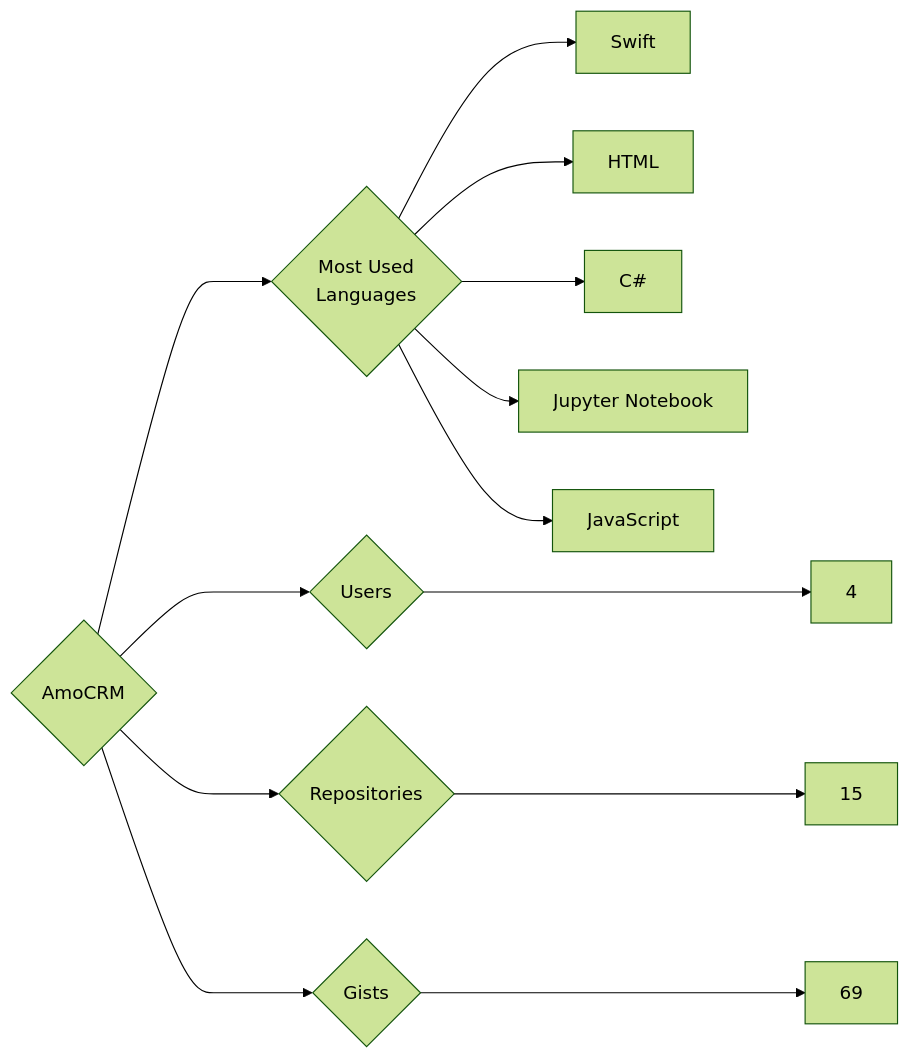
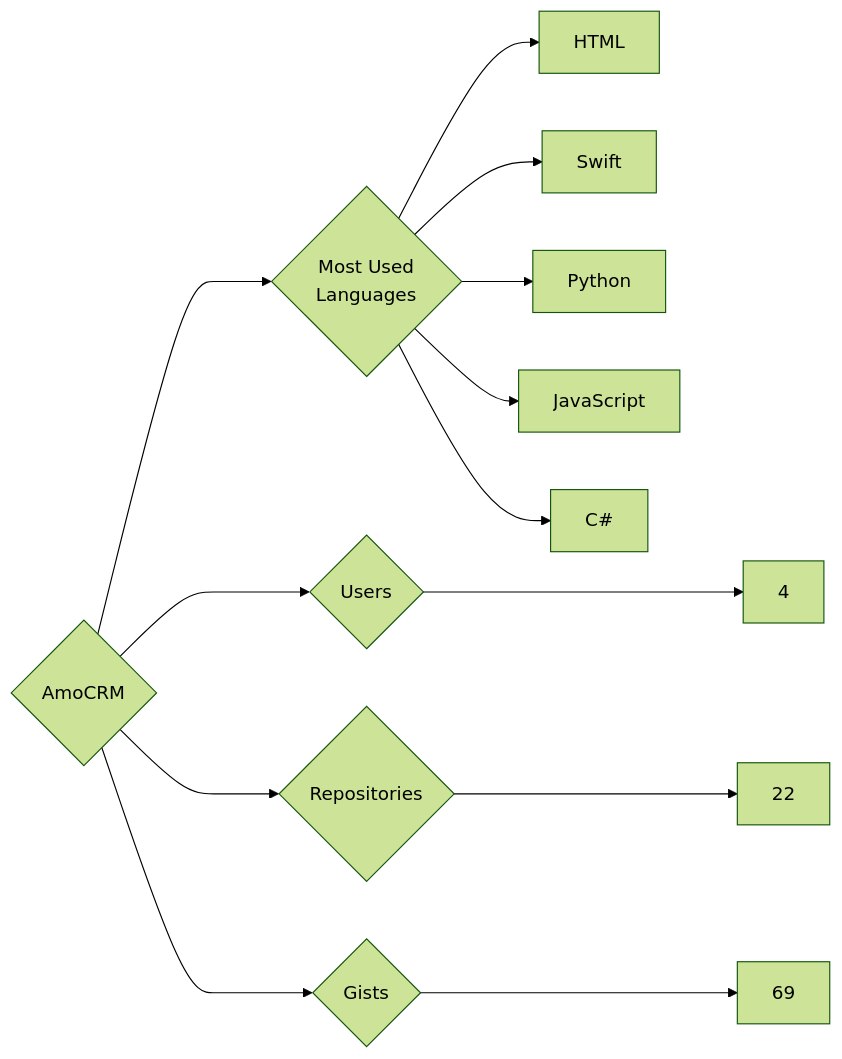
Before and after one commit to trickest/insiders: the diagram in targets/AmoCRM/README.md, drawn with Mermaid (forest theme). The commit also changed 1092 other files, not shown here.

````diff
--- a/targets/AmoCRM/README.md
+++ b/targets/AmoCRM/README.md
@@ -3,13 +3,13 @@
 ```mermaid
 graph LR
 COMPANY_NAME{AmoCRM}
 COMPANY_NAME ---> U{Users} ---> UN[4]
-COMPANY_NAME ---> R{Repositories} ---> RN[15]
+COMPANY_NAME ---> R{Repositories} ---> RN[22]
 COMPANY_NAME ---> G{Gists} ---> GN[69]
 COMPANY_NAME ---> ML{Most Used<br>Languages}
+ML --> HTML[HTML]
 ML --> Swift[Swift]
-ML --> HTML[HTML]
+ML --> Python[Python]
+ML --> JavaScript[JavaScript]
 ML --> C#[C#]
-ML --> Jupyter_Notebook[Jupyter Notebook]
-ML --> JavaScript[JavaScript]
 ```
````
